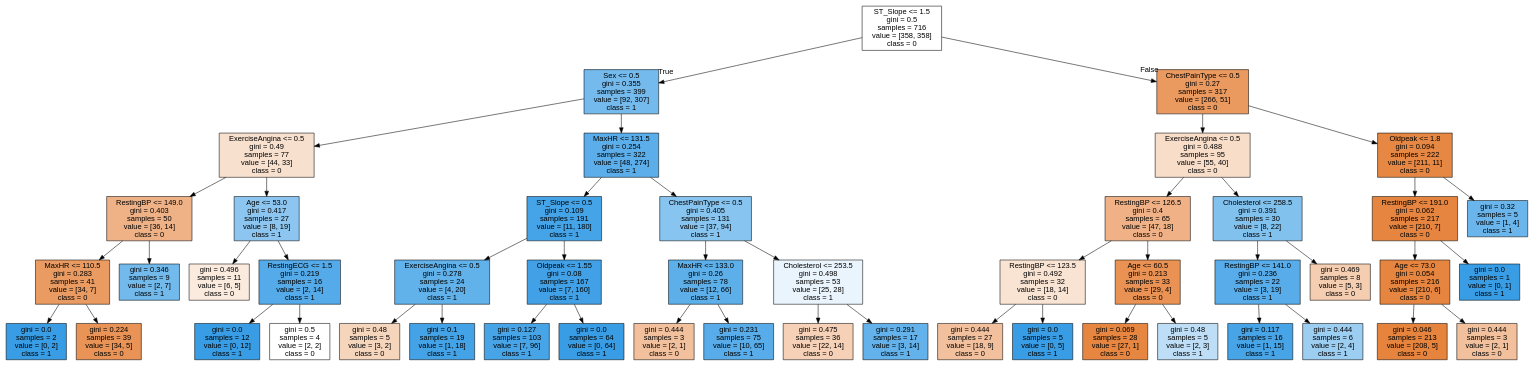
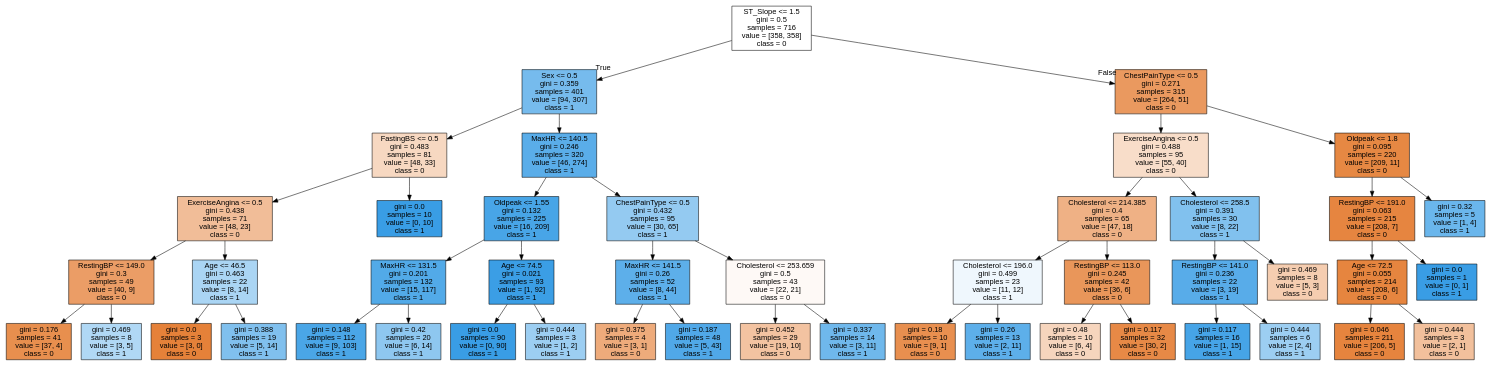
The diagram in Classifier Project/images/g_dtc04.dot (dosel70/Mashine_Learning-Classifier-), drawn with Graphviz before and after one commit. The commit also changed 16 other files, not shown here.

```diff
--- a/Classifier Project/images/g_dtc04.dot
+++ b/Classifier Project/images/g_dtc04.dot
@@ -1,101 +1,97 @@
 digraph Tree {
 node [shape=box, style="filled", color="black", fontname="helvetica"] ;
 edge [fontname="helvetica"] ;
 0 [label="ST_Slope <= 1.5\ngini = 0.5\nsamples = 716\nvalue = [358, 358]\nclass = 0", fillcolor="#ffffff"] ;
-1 [label="Sex <= 0.5\ngini = 0.355\nsamples = 399\nvalue = [92, 307]\nclass = 1", fillcolor="#74baed"] ;
+1 [label="Sex <= 0.5\ngini = 0.359\nsamples = 401\nvalue = [94, 307]\nclass = 1", fillcolor="#76bbed"] ;
 0 -> 1 [labeldistance=2.5, labelangle=45, headlabel="True"] ;
-2 [label="ExerciseAngina <= 0.5\ngini = 0.49\nsamples = 77\nvalue = [44, 33]\nclass = 0", fillcolor="#f8e0ce"] ;
+2 [label="FastingBS <= 0.5\ngini = 0.483\nsamples = 81\nvalue = [48, 33]\nclass = 0", fillcolor="#f7d8c1"] ;
 1 -> 2 ;
-3 [label="RestingBP <= 149.0\ngini = 0.403\nsamples = 50\nvalue = [36, 14]\nclass = 0", fillcolor="#efb286"] ;
+3 [label="ExerciseAngina <= 0.5\ngini = 0.438\nsamples = 71\nvalue = [48, 23]\nclass = 0", fillcolor="#f1bd98"] ;
 2 -> 3 ;
-4 [label="MaxHR <= 110.5\ngini = 0.283\nsamples = 41\nvalue = [34, 7]\nclass = 0", fillcolor="#ea9b62"] ;
+4 [label="RestingBP <= 149.0\ngini = 0.3\nsamples = 49\nvalue = [40, 9]\nclass = 0", fillcolor="#eb9d66"] ;
 3 -> 4 ;
-5 [label="gini = 0.0\nsamples = 2\nvalue = [0, 2]\nclass = 1", fillcolor="#399de5"] ;
+5 [label="gini = 0.176\nsamples = 41\nvalue = [37, 4]\nclass = 0", fillcolor="#e88f4e"] ;
 4 -> 5 ;
-6 [label="gini = 0.224\nsamples = 39\nvalue = [34, 5]\nclass = 0", fillcolor="#e99456"] ;
+6 [label="gini = 0.469\nsamples = 8\nvalue = [3, 5]\nclass = 1", fillcolor="#b0d8f5"] ;
 4 -> 6 ;
-7 [label="gini = 0.346\nsamples = 9\nvalue = [2, 7]\nclass = 1", fillcolor="#72b9ec"] ;
+7 [label="Age <= 46.5\ngini = 0.463\nsamples = 22\nvalue = [8, 14]\nclass = 1", fillcolor="#aad5f4"] ;
 3 -> 7 ;
-8 [label="Age <= 53.0\ngini = 0.417\nsamples = 27\nvalue = [8, 19]\nclass = 1", fillcolor="#8cc6f0"] ;
-2 -> 8 ;
-9 [label="gini = 0.496\nsamples = 11\nvalue = [6, 5]\nclass = 0", fillcolor="#fbeade"] ;
-8 -> 9 ;
-10 [label="RestingECG <= 1.5\ngini = 0.219\nsamples = 16\nvalue = [2, 14]\nclass = 1", fillcolor="#55abe9"] ;
-8 -> 10 ;
-11 [label="gini = 0.0\nsamples = 12\nvalue = [0, 12]\nclass = 1", fillcolor="#399de5"] ;
-10 -> 11 ;
-12 [label="gini = 0.5\nsamples = 4\nvalue = [2, 2]\nclass = 0", fillcolor="#ffffff"] ;
-10 -> 12 ;
-13 [label="MaxHR <= 131.5\ngini = 0.254\nsamples = 322\nvalue = [48, 274]\nclass = 1", fillcolor="#5caeea"] ;
-1 -> 13 ;
-14 [label="ST_Slope <= 0.5\ngini = 0.109\nsamples = 191\nvalue = [11, 180]\nclass = 1", fillcolor="#45a3e7"] ;
+8 [label="gini = 0.0\nsamples = 3\nvalue = [3, 0]\nclass = 0", fillcolor="#e58139"] ;
+7 -> 8 ;
+9 [label="gini = 0.388\nsamples = 19\nvalue = [5, 14]\nclass = 1", fillcolor="#80c0ee"] ;
+7 -> 9 ;
+10 [label="gini = 0.0\nsamples = 10\nvalue = [0, 10]\nclass = 1", fillcolor="#399de5"] ;
+2 -> 10 ;
+11 [label="MaxHR <= 140.5\ngini = 0.246\nsamples = 320\nvalue = [46, 274]\nclass = 1", fillcolor="#5aade9"] ;
+1 -> 11 ;
+12 [label="Oldpeak <= 1.55\ngini = 0.132\nsamples = 225\nvalue = [16, 209]\nclass = 1", fillcolor="#48a5e7"] ;
+11 -> 12 ;
+13 [label="MaxHR <= 131.5\ngini = 0.201\nsamples = 132\nvalue = [15, 117]\nclass = 1", fillcolor="#52aae8"] ;
+12 -> 13 ;
+14 [label="gini = 0.148\nsamples = 112\nvalue = [9, 103]\nclass = 1", fillcolor="#4aa6e7"] ;
 13 -> 14 ;
-15 [label="ExerciseAngina <= 0.5\ngini = 0.278\nsamples = 24\nvalue = [4, 20]\nclass = 1", fillcolor="#61b1ea"] ;
-14 -> 15 ;
-16 [label="gini = 0.48\nsamples = 5\nvalue = [3, 2]\nclass = 0", fillcolor="#f6d5bd"] ;
-15 -> 16 ;
-17 [label="gini = 0.1\nsamples = 19\nvalue = [1, 18]\nclass = 1", fillcolor="#44a2e6"] ;
-15 -> 17 ;
-18 [label="Oldpeak <= 1.55\ngini = 0.08\nsamples = 167\nvalue = [7, 160]\nclass = 1", fillcolor="#42a1e6"] ;
-14 -> 18 ;
-19 [label="gini = 0.127\nsamples = 103\nvalue = [7, 96]\nclass = 1", fillcolor="#47a4e7"] ;
-18 -> 19 ;
-20 [label="gini = 0.0\nsamples = 64\nvalue = [0, 64]\nclass = 1", fillcolor="#399de5"] ;
-18 -> 20 ;
-21 [label="ChestPainType <= 0.5\ngini = 0.405\nsamples = 131\nvalue = [37, 94]\nclass = 1", fillcolor="#87c4ef"] ;
-13 -> 21 ;
-22 [label="MaxHR <= 133.0\ngini = 0.26\nsamples = 78\nvalue = [12, 66]\nclass = 1", fillcolor="#5dafea"] ;
-21 -> 22 ;
-23 [label="gini = 0.444\nsamples = 3\nvalue = [2, 1]\nclass = 0", fillcolor="#f2c09c"] ;
-22 -> 23 ;
-24 [label="gini = 0.231\nsamples = 75\nvalue = [10, 65]\nclass = 1", fillcolor="#57ace9"] ;
-22 -> 24 ;
-25 [label="Cholesterol <= 253.5\ngini = 0.498\nsamples = 53\nvalue = [25, 28]\nclass = 1", fillcolor="#eaf4fc"] ;
-21 -> 25 ;
-26 [label="gini = 0.475\nsamples = 36\nvalue = [22, 14]\nclass = 0", fillcolor="#f6d1b7"] ;
-25 -> 26 ;
-27 [label="gini = 0.291\nsamples = 17\nvalue = [3, 14]\nclass = 1", fillcolor="#63b2eb"] ;
-25 -> 27 ;
-28 [label="ChestPainType <= 0.5\ngini = 0.27\nsamples = 317\nvalue = [266, 51]\nclass = 0", fillcolor="#ea995f"] ;
-0 -> 28 [labeldistance=2.5, labelangle=-45, headlabel="False"] ;
-29 [label="ExerciseAngina <= 0.5\ngini = 0.488\nsamples = 95\nvalue = [55, 40]\nclass = 0", fillcolor="#f8ddc9"] ;
+15 [label="gini = 0.42\nsamples = 20\nvalue = [6, 14]\nclass = 1", fillcolor="#8ec7f0"] ;
+13 -> 15 ;
+16 [label="Age <= 74.5\ngini = 0.021\nsamples = 93\nvalue = [1, 92]\nclass = 1", fillcolor="#3b9ee5"] ;
+12 -> 16 ;
+17 [label="gini = 0.0\nsamples = 90\nvalue = [0, 90]\nclass = 1", fillcolor="#399de5"] ;
+16 -> 17 ;
+18 [label="gini = 0.444\nsamples = 3\nvalue = [1, 2]\nclass = 1", fillcolor="#9ccef2"] ;
+16 -> 18 ;
+19 [label="ChestPainType <= 0.5\ngini = 0.432\nsamples = 95\nvalue = [30, 65]\nclass = 1", fillcolor="#94caf1"] ;
+11 -> 19 ;
+20 [label="MaxHR <= 141.5\ngini = 0.26\nsamples = 52\nvalue = [8, 44]\nclass = 1", fillcolor="#5dafea"] ;
+19 -> 20 ;
+21 [label="gini = 0.375\nsamples = 4\nvalue = [3, 1]\nclass = 0", fillcolor="#eeab7b"] ;
+20 -> 21 ;
+22 [label="gini = 0.187\nsamples = 48\nvalue = [5, 43]\nclass = 1", fillcolor="#50a8e8"] ;
+20 -> 22 ;
+23 [label="Cholesterol <= 253.659\ngini = 0.5\nsamples = 43\nvalue = [22, 21]\nclass = 0", fillcolor="#fef9f6"] ;
+19 -> 23 ;
+24 [label="gini = 0.452\nsamples = 29\nvalue = [19, 10]\nclass = 0", fillcolor="#f3c3a1"] ;
+23 -> 24 ;
+25 [label="gini = 0.337\nsamples = 14\nvalue = [3, 11]\nclass = 1", fillcolor="#6fb8ec"] ;
+23 -> 25 ;
+26 [label="ChestPainType <= 0.5\ngini = 0.271\nsamples = 315\nvalue = [264, 51]\nclass = 0", fillcolor="#ea995f"] ;
+0 -> 26 [labeldistance=2.5, labelangle=-45, headlabel="False"] ;
+27 [label="ExerciseAngina <= 0.5\ngini = 0.488\nsamples = 95\nvalue = [55, 40]\nclass = 0", fillcolor="#f8ddc9"] ;
+26 -> 27 ;
+28 [label="Cholesterol <= 214.385\ngini = 0.4\nsamples = 65\nvalue = [47, 18]\nclass = 0", fillcolor="#efb185"] ;
+27 -> 28 ;
+29 [label="Cholesterol <= 196.0\ngini = 0.499\nsamples = 23\nvalue = [11, 12]\nclass = 1", fillcolor="#eff7fd"] ;
 28 -> 29 ;
-30 [label="RestingBP <= 126.5\ngini = 0.4\nsamples = 65\nvalue = [47, 18]\nclass = 0", fillcolor="#efb185"] ;
+30 [label="gini = 0.18\nsamples = 10\nvalue = [9, 1]\nclass = 0", fillcolor="#e88f4f"] ;
 29 -> 30 ;
-31 [label="RestingBP <= 123.5\ngini = 0.492\nsamples = 32\nvalue = [18, 14]\nclass = 0", fillcolor="#f9e3d3"] ;
-30 -> 31 ;
-32 [label="gini = 0.444\nsamples = 27\nvalue = [18, 9]\nclass = 0", fillcolor="#f2c09c"] ;
-31 -> 32 ;
-33 [label="gini = 0.0\nsamples = 5\nvalue = [0, 5]\nclass = 1", fillcolor="#399de5"] ;
-31 -> 33 ;
-34 [label="Age <= 60.5\ngini = 0.213\nsamples = 33\nvalue = [29, 4]\nclass = 0", fillcolor="#e99254"] ;
-30 -> 34 ;
-35 [label="gini = 0.069\nsamples = 28\nvalue = [27, 1]\nclass = 0", fillcolor="#e68640"] ;
-34 -> 35 ;
-36 [label="gini = 0.48\nsamples = 5\nvalue = [2, 3]\nclass = 1", fillcolor="#bddef6"] ;
-34 -> 36 ;
-37 [label="Cholesterol <= 258.5\ngini = 0.391\nsamples = 30\nvalue = [8, 22]\nclass = 1", fillcolor="#81c1ee"] ;
-29 -> 37 ;
-38 [label="RestingBP <= 141.0\ngini = 0.236\nsamples = 22\nvalue = [3, 19]\nclass = 1", fillcolor="#58ace9"] ;
-37 -> 38 ;
-39 [label="gini = 0.117\nsamples = 16\nvalue = [1, 15]\nclass = 1", fillcolor="#46a4e7"] ;
-38 -> 39 ;
-40 [label="gini = 0.444\nsamples = 6\nvalue = [2, 4]\nclass = 1", fillcolor="#9ccef2"] ;
-38 -> 40 ;
-41 [label="gini = 0.469\nsamples = 8\nvalue = [5, 3]\nclass = 0", fillcolor="#f5cdb0"] ;
-37 -> 41 ;
-42 [label="Oldpeak <= 1.8\ngini = 0.094\nsamples = 222\nvalue = [211, 11]\nclass = 0", fillcolor="#e68843"] ;
-28 -> 42 ;
-43 [label="RestingBP <= 191.0\ngini = 0.062\nsamples = 217\nvalue = [210, 7]\nclass = 0", fillcolor="#e68540"] ;
+31 [label="gini = 0.26\nsamples = 13\nvalue = [2, 11]\nclass = 1", fillcolor="#5dafea"] ;
+29 -> 31 ;
+32 [label="RestingBP <= 113.0\ngini = 0.245\nsamples = 42\nvalue = [36, 6]\nclass = 0", fillcolor="#e9965a"] ;
+28 -> 32 ;
+33 [label="gini = 0.48\nsamples = 10\nvalue = [6, 4]\nclass = 0", fillcolor="#f6d5bd"] ;
+32 -> 33 ;
+34 [label="gini = 0.117\nsamples = 32\nvalue = [30, 2]\nclass = 0", fillcolor="#e78946"] ;
+32 -> 34 ;
+35 [label="Cholesterol <= 258.5\ngini = 0.391\nsamples = 30\nvalue = [8, 22]\nclass = 1", fillcolor="#81c1ee"] ;
+27 -> 35 ;
+36 [label="RestingBP <= 141.0\ngini = 0.236\nsamples = 22\nvalue = [3, 19]\nclass = 1", fillcolor="#58ace9"] ;
+35 -> 36 ;
+37 [label="gini = 0.117\nsamples = 16\nvalue = [1, 15]\nclass = 1", fillcolor="#46a4e7"] ;
+36 -> 37 ;
+38 [label="gini = 0.444\nsamples = 6\nvalue = [2, 4]\nclass = 1", fillcolor="#9ccef2"] ;
+36 -> 38 ;
+39 [label="gini = 0.469\nsamples = 8\nvalue = [5, 3]\nclass = 0", fillcolor="#f5cdb0"] ;
+35 -> 39 ;
+40 [label="Oldpeak <= 1.8\ngini = 0.095\nsamples = 220\nvalue = [209, 11]\nclass = 0", fillcolor="#e68843"] ;
+26 -> 40 ;
+41 [label="RestingBP <= 191.0\ngini = 0.063\nsamples = 215\nvalue = [208, 7]\nclass = 0", fillcolor="#e68540"] ;
+40 -> 41 ;
+42 [label="Age <= 72.5\ngini = 0.055\nsamples = 214\nvalue = [208, 6]\nclass = 0", fillcolor="#e6853f"] ;
+41 -> 42 ;
+43 [label="gini = 0.046\nsamples = 211\nvalue = [206, 5]\nclass = 0", fillcolor="#e6843e"] ;
 42 -> 43 ;
-44 [label="Age <= 73.0\ngini = 0.054\nsamples = 216\nvalue = [210, 6]\nclass = 0", fillcolor="#e6853f"] ;
-43 -> 44 ;
-45 [label="gini = 0.046\nsamples = 213\nvalue = [208, 5]\nclass = 0", fillcolor="#e6843e"] ;
-44 -> 45 ;
-46 [label="gini = 0.444\nsamples = 3\nvalue = [2, 1]\nclass = 0", fillcolor="#f2c09c"] ;
-44 -> 46 ;
-47 [label="gini = 0.0\nsamples = 1\nvalue = [0, 1]\nclass = 1", fillcolor="#399de5"] ;
-43 -> 47 ;
-48 [label="gini = 0.32\nsamples = 5\nvalue = [1, 4]\nclass = 1", fillcolor="#6ab6ec"] ;
-42 -> 48 ;
+44 [label="gini = 0.444\nsamples = 3\nvalue = [2, 1]\nclass = 0", fillcolor="#f2c09c"] ;
+42 -> 44 ;
+45 [label="gini = 0.0\nsamples = 1\nvalue = [0, 1]\nclass = 1", fillcolor="#399de5"] ;
+41 -> 45 ;
+46 [label="gini = 0.32\nsamples = 5\nvalue = [1, 4]\nclass = 1", fillcolor="#6ab6ec"] ;
+40 -> 46 ;
 }
```
